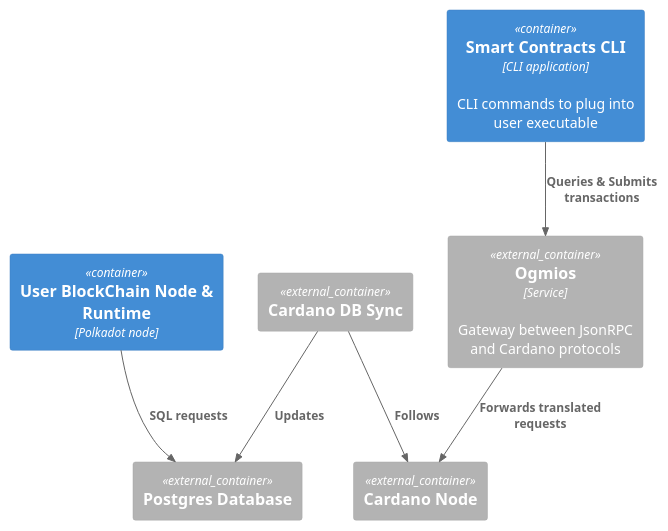
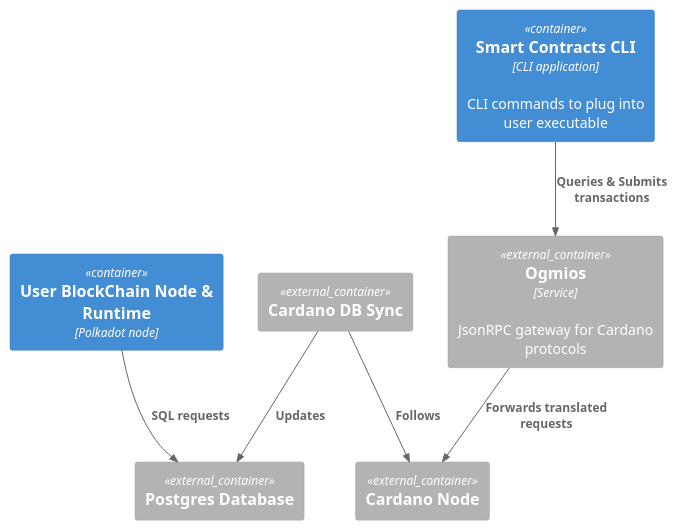
One commit to input-output-hk/partner-chains changed the diagram in docs/diagrams/c4/container.puml. Above: the diagram before and after it, drawn with PlantUML. The commit also changed 2 other files, not shown here.

```diff
--- a/docs/diagrams/c4/container.puml
+++ b/docs/diagrams/c4/container.puml
@@ -1,17 +1,17 @@
 @startuml
 !include https://raw.githubusercontent.com/plantuml-stdlib/C4-PlantUML/master/C4_Container.puml
 
 Container(partner_chains_compatible_node, "User BlockChain Node & Runtime", "Polkadot node")
 Container(smart_contracts, "Smart Contracts CLI", "CLI application", "CLI commands to plug into user executable")
-Container_Ext(ogmios, "Ogmios", "Service", "Gateway between JsonRPC and Cardano protocols")
+Container_Ext(ogmios, "Ogmios", "Service", "JsonRPC gateway for Cardano protocols")
 Container_Ext(postgres, "Postgres Database")
 Container_Ext(cardano_db_sync, "Cardano DB Sync")
 Container_Ext(cardano_node, "Cardano Node")
 
 Rel(cardano_db_sync, postgres, "Updates")
 Rel(cardano_db_sync, cardano_node, "Follows")
 Rel(ogmios, cardano_node, "Forwards translated requests")
 Rel(smart_contracts, ogmios, "Queries & Submits transactions")
 Rel(partner_chains_compatible_node, postgres, "SQL requests")
 
 @enduml
```
